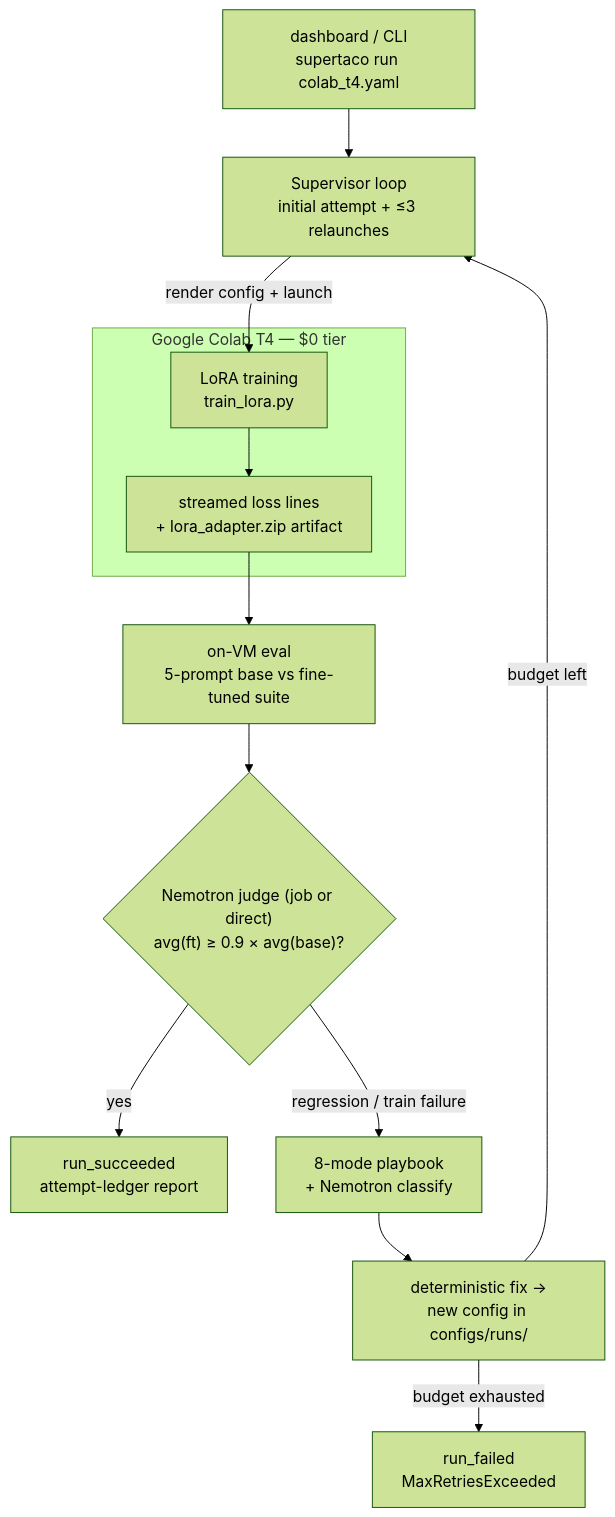
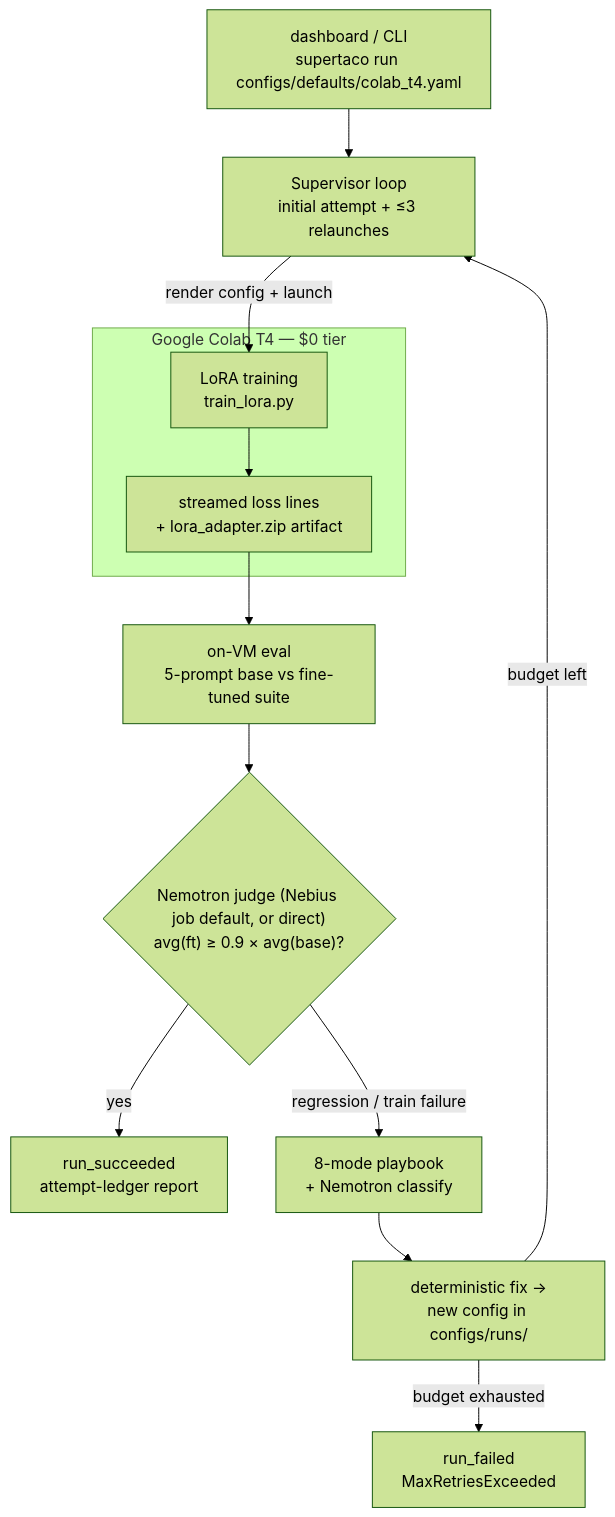
The first of 2 diagrams in README.md (1tsDaksh/supertaco), drawn with Mermaid (forest theme) before and after one commit.

Commit message:
docs(readme): restore full config path and judge-default wording in How-it-works diagram

````diff
--- a/README.md
+++ b/README.md
@@ -45,15 +45,15 @@
 ```mermaid
 flowchart TD
-    ENTRY["dashboard / CLI<br/>supertaco run colab_t4.yaml"] --> LOOP[Supervisor loop<br/>initial attempt + ≤3 relaunches]
+    ENTRY["dashboard / CLI<br/>supertaco run configs/defaults/colab_t4.yaml"] --> LOOP[Supervisor loop<br/>initial attempt + ≤3 relaunches]
     subgraph COLAB["Google Colab T4 — $0 tier"]
         TRAIN[LoRA training<br/>train_lora.py] --> TLOGS["streamed loss lines<br/>+ lora_adapter.zip artifact"]
     end
     LOOP -->|"render config + launch"| TRAIN
     TLOGS --> EVAL["on-VM eval<br/>5-prompt base vs fine-tuned suite"]
-    EVAL --> JUDGE{"Nemotron judge (job or direct)<br/>avg(ft) ≥ 0.9 × avg(base)?"}
+    EVAL --> JUDGE{"Nemotron judge (Nebius job default, or direct)<br/>avg(ft) ≥ 0.9 × avg(base)?"}
     JUDGE -->|"yes"| SUCCESS[run_succeeded<br/>attempt-ledger report]
     JUDGE -->|"regression / train failure"| CLASSIFY["8-mode playbook<br/>+ Nemotron classify"]
     CLASSIFY --> PATCH["deterministic fix →<br/>new config in configs/runs/"]
     PATCH -->|"budget left"| LOOP
     PATCH -->|"budget exhausted"| FAIL["run_failed<br/>MaxRetriesExceeded"]
 ```
````
